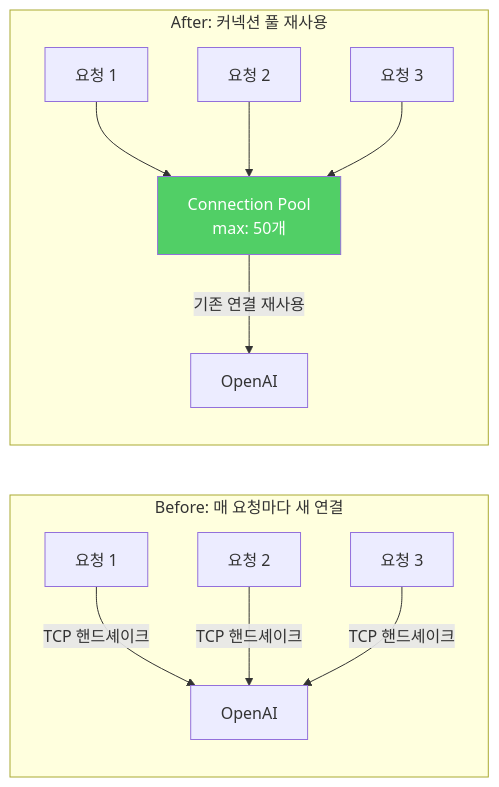
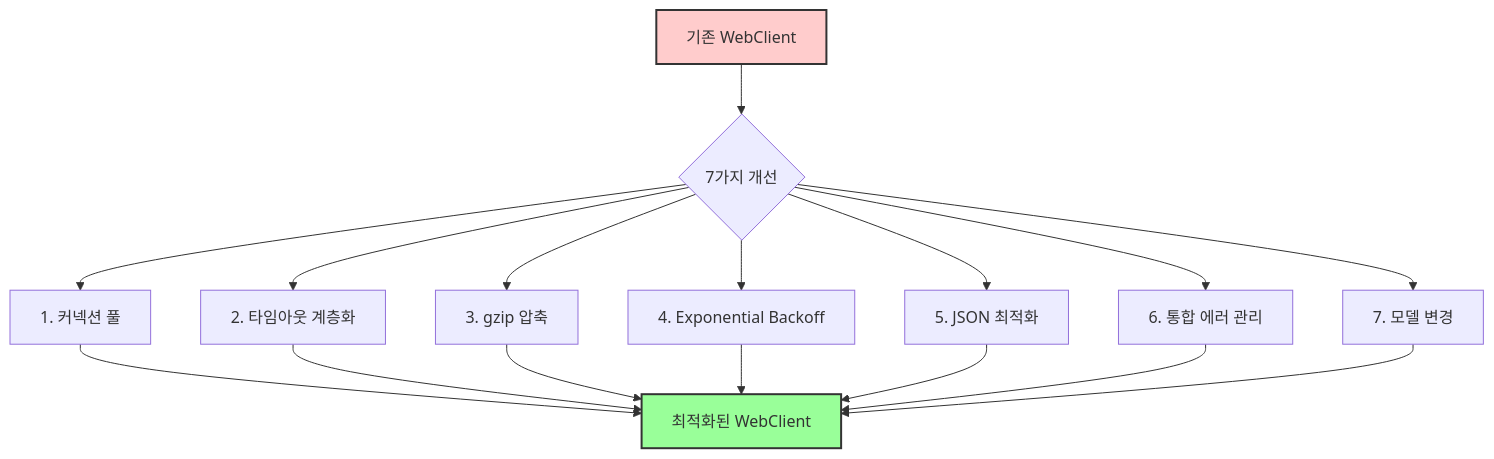
The second of 6 diagrams in _posts/2026-02-06-spring-webflux-openai-api-호출-최적화-개발기.md (jiwon11/jiwon11.github.io), drawn with Mermaid before and after one commit. The commit also changed other lines of this file and 4 other files, not shown here.

````diff
--- a/_posts/2026-02-06-spring-webflux-openai-api-호출-최적화-개발기.md
+++ b/_posts/2026-02-06-spring-webflux-openai-api-호출-최적화-개발기.md
@@ -83,17 +93,15 @@
 ```mermaid
-flowchart LR
-    subgraph "Before: 매 요청마다 새 연결"
-        R1[요청 1] -->|TCP 핸드셰이크| S1[OpenAI]
-        R2[요청 2] -->|TCP 핸드셰이크| S1
-        R3[요청 3] -->|TCP 핸드셰이크| S1
-    end
+flowchart TD
+    A[기존 WebClient] --> B{7가지 개선}
+    B --> C[1. 커넥션 풀]
+    B --> D[2. 타임아웃 계층화]
+    B --> E[3. gzip 압축]
+    B --> F[4. Exponential Backoff]
+    B --> G[5. JSON 최적화]
+    B --> H[6. 통합 에러 관리]
+    B --> I[7. 모델 변경]
+    C & D & E & F & G & H & I --> J[최적화된 WebClient]
 
-    subgraph "After: 커넥션 풀 재사용"
-        R4[요청 1] --> P[Connection Pool<br>max: 50개]
-        R5[요청 2] --> P
-        R6[요청 3] --> P
-        P -->|기존 연결 재사용| S2[OpenAI]
-    end
-
-    style P fill:#51cf66,color:#fff
+    style A fill:#fcc,stroke:#333,stroke-width:2px
+    style J fill:#9f9,stroke:#333,stroke-width:2px
 ```
````
